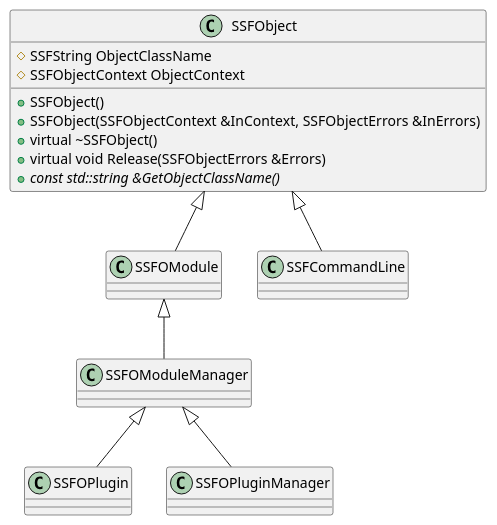
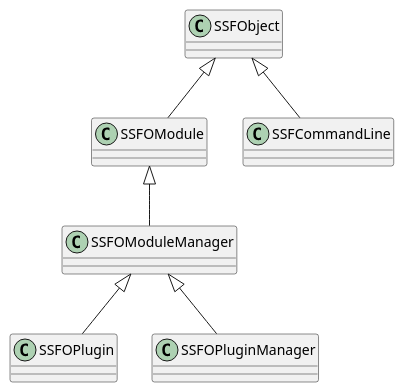
The diagram in SkywalkerServerFramework/SkywalkerServerFramework.plantuml (xcyh410713847/SkywalkerGameServer), drawn with PlantUML before and after one commit. The commit also changed 37 other files, not shown here.

```diff
--- a/SkywalkerServerFramework/SkywalkerServerFramework.plantuml
+++ b/SkywalkerServerFramework/SkywalkerServerFramework.plantuml
@@ -1,52 +1,43 @@
 @startuml SkywalkerServerFramework
 
 class SSFObject
 {
-    +SSFObject()
-    +SSFObject(SSFObjectContext &InContext, SSFObjectErrors &InErrors)
-    +virtual ~SSFObject()
-
-    #SSFString ObjectClassName
-    #SSFObjectContext ObjectContext
-
-    +virtual void Release(SSFObjectErrors &Errors)
-    +{abstract} const std::string &GetObjectClassName()
 }
 
 class SSFOModule
 {
 
 }
 
 class SSFOModuleManager
 {
 
 }
 
 class SSFOPlugin
 {
 
 }
 
 class SSFOPluginManager
 {
 
 }
 
 class SSFCommandLine
 {
 
 }
 
 '继承自 SSFObject
 SSFObject <|-- SSFOModule
 SSFObject <|-- SSFCommandLine
 
 '继承自 SSFOModule
 SSFOModule <|-- SSFOModuleManager
 
 '继承自 SSFOModuleManager
 SSFOModuleManager <|-- SSFOPlugin
 SSFOModuleManager <|-- SSFOPluginManager
 
 @enduml
```
